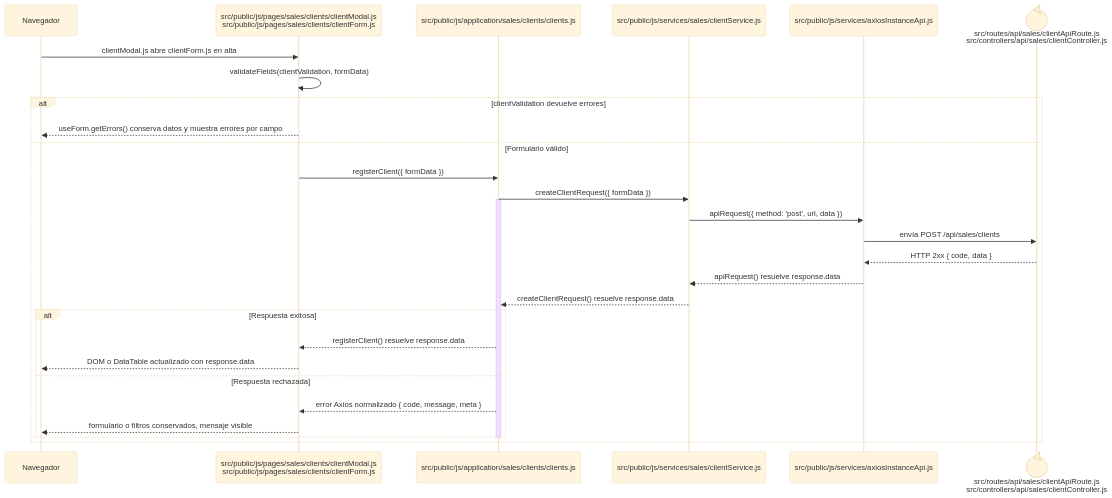
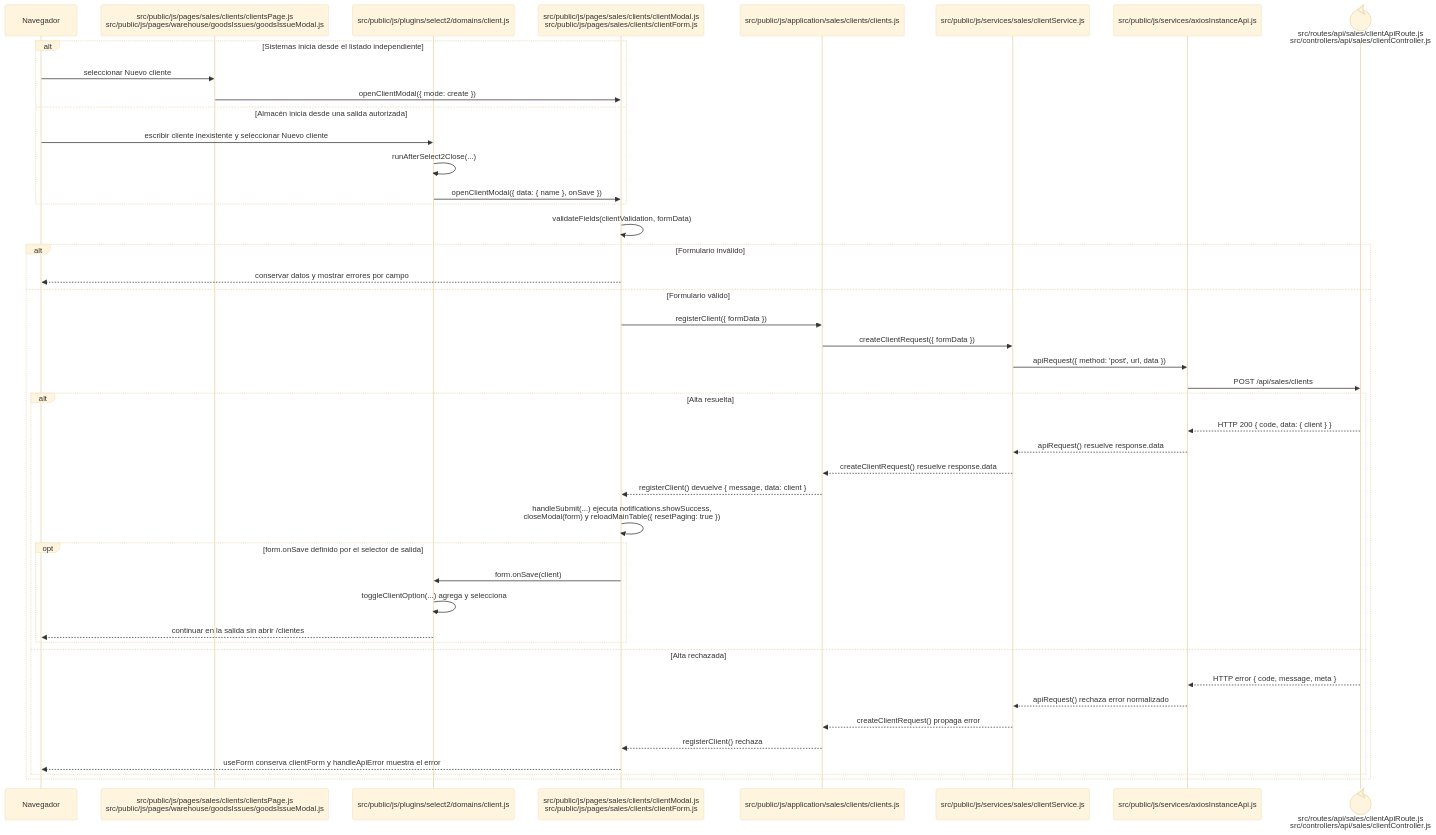
One commit to gpgsistemas01/nexus changed the diagram in docs/architecture/frontend-code-sequences/catalogs/cu-cat-06.md. Above: the diagram before and after it, drawn with Mermaid (base theme). The commit also changed other lines of this file and 38 other files, not shown here.

Commit message:
docs(diagrams): concretar mensajes de secuencia

````diff
--- a/docs/architecture/frontend-code-sequences/catalogs/cu-cat-06.md
+++ b/docs/architecture/frontend-code-sequences/catalogs/cu-cat-06.md
@@ -6,32 +6,47 @@
 ```mermaid
 sequenceDiagram
     participant Browser as Navegador
+    participant Origin as src/public/js/pages/sales/clients/clientsPage.js<br/>src/public/js/pages/warehouse/goodsIssues/goodsIssueModal.js
+    participant Select as src/public/js/plugins/select2/domains/client.js
     participant View as src/public/js/pages/sales/clients/clientModal.js<br/>src/public/js/pages/sales/clients/clientForm.js
     participant Application as src/public/js/application/sales/clients/clients.js
     participant Request as src/public/js/services/sales/clientService.js
     participant HTTP as src/public/js/services/axiosInstanceApi.js
     participant Transport@{ "type": "control" } as src/routes/api/sales/clientApiRoute.js<br/>src/controllers/api/sales/clientController.js
 
-    Browser->>View: clientModal.js abre clientForm.js en alta
+    alt Sistemas inicia desde el listado independiente
+        Browser->>Origin: seleccionar Nuevo cliente
+        Origin->>View: openClientModal({ mode: create })
+    else Almacén inicia desde una salida autorizada
+        Browser->>Select: escribir cliente inexistente y seleccionar Nuevo cliente
+        Select->>Select: runAfterSelect2Close(...)
+        Select->>View: openClientModal({ data: { name }, onSave })
+    end
     View->>View: validateFields(clientValidation, formData)
-    alt clientValidation devuelve errores
-        View-->>Browser: useForm.getErrors() conserva datos y muestra errores por campo
+    alt Formulario inválido
+        View-->>Browser: conservar datos y mostrar errores por campo
     else Formulario válido
         View->>Application: registerClient({ formData })
         Application->>Request: createClientRequest({ formData })
-        activate Application
         Request->>HTTP: apiRequest({ method: 'post', url, data })
-        HTTP->>Transport: envía POST /api/sales/clients
-        Transport-->>HTTP: HTTP 2xx { code, data }
-        HTTP-->>Request: apiRequest() resuelve response.data
-        Request-->>Application: createClientRequest() resuelve response.data
-        alt Respuesta exitosa
-            Application-->>View: registerClient() resuelve response.data
-            View-->>Browser: DOM o DataTable actualizado con response.data
-        else Respuesta rechazada
-            Application-->>View: error Axios normalizado { code, message, meta }
-            View-->>Browser: formulario o filtros conservados, mensaje visible
+        HTTP->>Transport: POST /api/sales/clients
+        alt Alta resuelta
+            Transport-->>HTTP: HTTP 200 { code, data: { client } }
+            HTTP-->>Request: apiRequest() resuelve response.data
+            Request-->>Application: createClientRequest() resuelve response.data
+            Application-->>View: registerClient() devuelve { message, data: client }
+            View->>View: handleSubmit(...) ejecuta notifications.showSuccess,<br/>closeModal(form) y reloadMainTable({ resetPaging: true })
+            opt form.onSave definido por el selector de salida
+                View->>Select: form.onSave(client)
+                Select->>Select: toggleClientOption(...) agrega y selecciona
+                Select-->>Browser: continuar en la salida sin abrir /clientes
+            end
+        else Alta rechazada
+            Transport-->>HTTP: HTTP error { code, message, meta }
+            HTTP-->>Request: apiRequest() rechaza error normalizado
+            Request-->>Application: createClientRequest() propaga error
+            Application-->>View: registerClient() rechaza
+            View-->>Browser: useForm conserva clientForm y handleApiError muestra el error
         end
-        deactivate Application
     end
 ```
````
